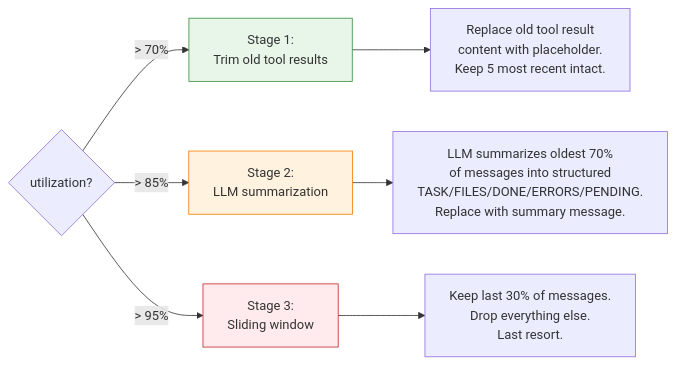
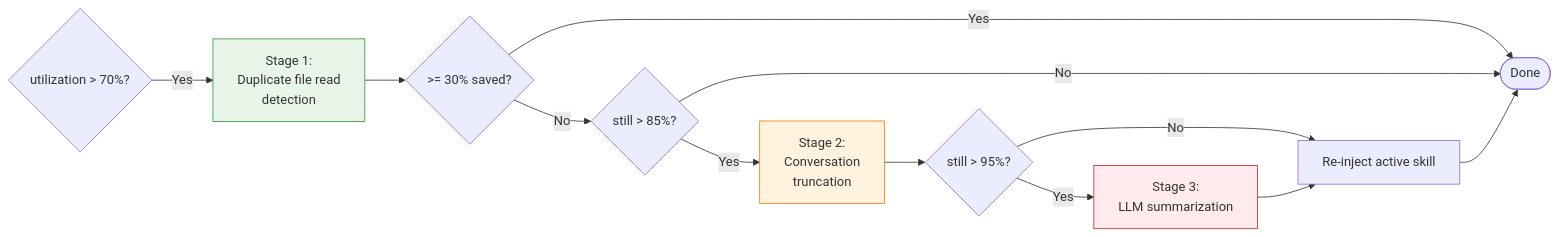
Before and after one commit to thenerdygeek/intellij-workflow-orchestrator: the third of 4 diagrams in docs/architecture/agent-architecture.md, drawn with Mermaid. The commit also changed other lines of this file and 1 other file, not shown here.

First line of the commit message:
docs(agent): comprehensive update of architecture docs for Cline-ported agent

````diff
--- a/docs/architecture/agent-architecture.md
+++ b/docs/architecture/agent-architecture.md
@@ -258,15 +303,19 @@
 ```mermaid
 graph LR
-    CHECK{"utilization?"}
-    CHECK -->|"> 70%"| S1["Stage 1:<br/>Trim old tool results"]
-    CHECK -->|"> 85%"| S2["Stage 2:<br/>LLM summarization"]
-    CHECK -->|"> 95%"| S3["Stage 3:<br/>Sliding window"]
-
-    S1 --> S1D["Replace old tool result<br/>content with placeholder.<br/>Keep 5 most recent intact."]
-    S2 --> S2D["LLM summarizes oldest 70%<br/>of messages into structured<br/>TASK/FILES/DONE/ERRORS/PENDING.<br/>Replace with summary message."]
-    S3 --> S3D["Keep last 30% of messages.<br/>Drop everything else.<br/>Last resort."]
+    CHECK{"utilization > 70%?"}
+    CHECK -->|Yes| S1["Stage 1:<br/>Duplicate file read<br/>detection"]
+    S1 --> S1CHECK{">= 30% saved?"}
+    S1CHECK -->|Yes| DONE([Done])
+    S1CHECK -->|No| S2CHECK{"still > 85%?"}
+    S2CHECK -->|Yes| S2["Stage 2:<br/>Conversation<br/>truncation"]
+    S2CHECK -->|No| DONE
+    S2 --> S3CHECK{"still > 95%?"}
+    S3CHECK -->|Yes| S3["Stage 3:<br/>LLM summarization"]
+    S3CHECK -->|No| REINJECT
+    S3 --> REINJECT["Re-inject active skill"]
+    REINJECT --> DONE
 
     style S1 fill:#e8f5e9,stroke:#388e3c
     style S2 fill:#fff3e0,stroke:#f57c00
     style S3 fill:#ffebee,stroke:#c62828
 ```
````
